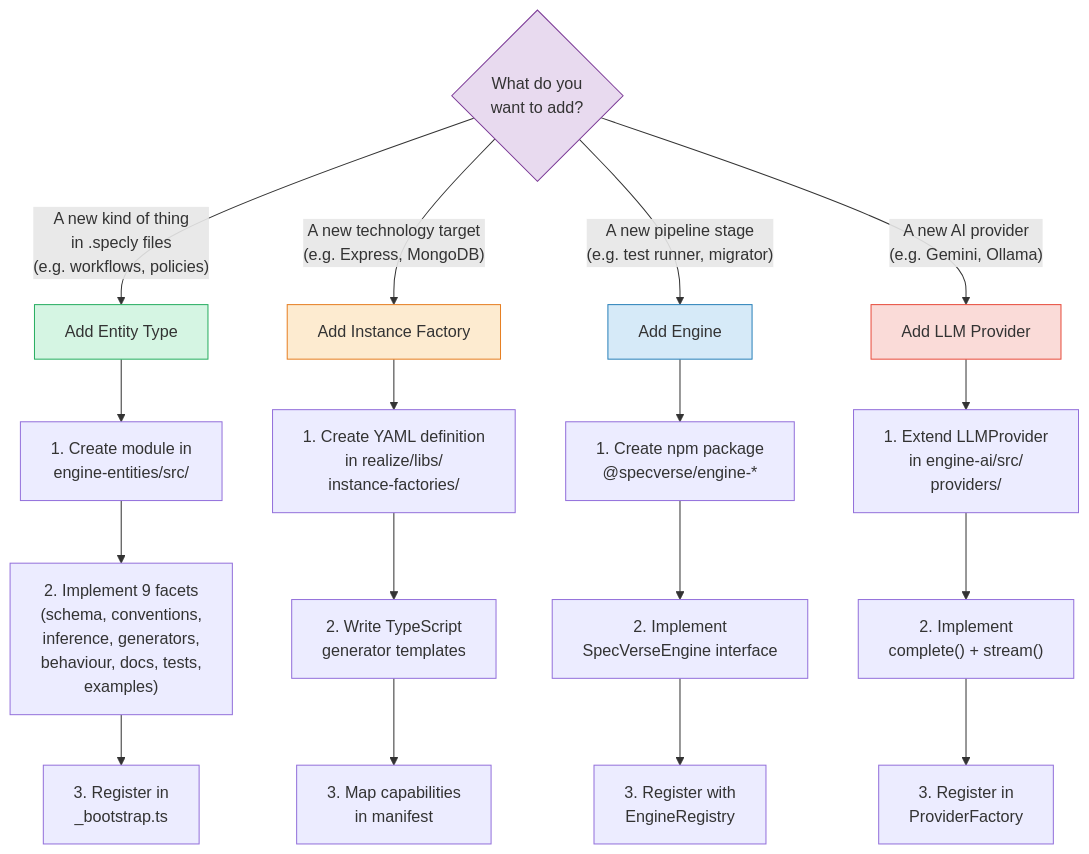
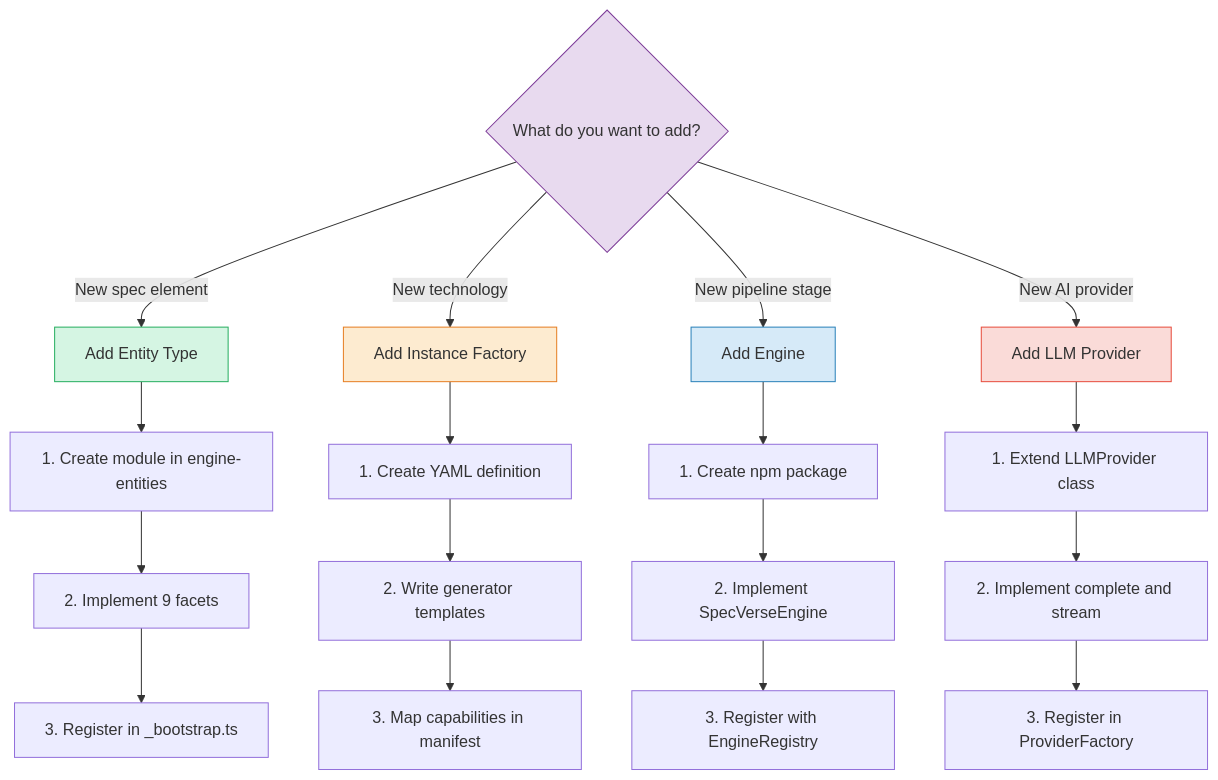
Before and after one commit to SpecVerse/specverse-self: the third of 3 diagrams in docs/SPECVERSE-GUIDE.md, drawn with Mermaid. The commit also changed other lines of this file, not shown here.

Commit message:
fix: simplify extension diagram — remove HTML breaks causing render errors
Single-line labels only, no br tags. Examples moved to companion table.

````diff
--- a/docs/SPECVERSE-GUIDE.md
+++ b/docs/SPECVERSE-GUIDE.md
@@ -837,31 +837,31 @@
 ```mermaid
 flowchart TD
-    Q{"What do you<br/>want to add?"}
+    Q{What do you want to add?}
 
-    Q -->|"A new kind of thing<br/>in .specly files<br/>(e.g. workflows, policies)"| ET["Add Entity Type"]
-    Q -->|"A new technology target<br/>(e.g. Express, MongoDB)"| IF["Add Instance Factory"]
-    Q -->|"A new pipeline stage<br/>(e.g. test runner, migrator)"| EN["Add Engine"]
-    Q -->|"A new AI provider<br/>(e.g. Gemini, Ollama)"| LP["Add LLM Provider"]
+    Q -->|New spec element| ET[Add Entity Type]
+    Q -->|New technology| IF[Add Instance Factory]
+    Q -->|New pipeline stage| EN[Add Engine]
+    Q -->|New AI provider| LP[Add LLM Provider]
 
-    ET --> ET1["1. Create module in<br/>engine-entities/src/"]
-    ET1 --> ET2["2. Implement 9 facets<br/>(schema, conventions,<br/>inference, generators,<br/>behaviour, docs, tests,<br/>examples)"]
-    ET2 --> ET3["3. Register in<br/>_bootstrap.ts"]
+    ET --> ET1[1. Create module in engine-entities]
+    ET1 --> ET2[2. Implement 9 facets]
+    ET2 --> ET3[3. Register in _bootstrap.ts]
 
-    IF --> IF1["1. Create YAML definition<br/>in realize/libs/<br/>instance-factories/"]
-    IF1 --> IF2["2. Write TypeScript<br/>generator templates"]
-    IF2 --> IF3["3. Map capabilities<br/>in manifest"]
+    IF --> IF1[1. Create YAML definition]
+    IF1 --> IF2[2. Write generator templates]
+    IF2 --> IF3[3. Map capabilities in manifest]
 
-    EN --> EN1["1. Create npm package<br/>@specverse/engine-*"]
-    EN1 --> EN2["2. Implement<br/>SpecVerseEngine interface"]
-    EN2 --> EN3["3. Register with<br/>EngineRegistry"]
+    EN --> EN1[1. Create npm package]
+    EN1 --> EN2[2. Implement SpecVerseEngine]
+    EN2 --> EN3[3. Register with EngineRegistry]
 
-    LP --> LP1["1. Extend LLMProvider<br/>in engine-ai/src/<br/>providers/"]
-    LP1 --> LP2["2. Implement<br/>complete() + stream()"]
-    LP2 --> LP3["3. Register in<br/>ProviderFactory"]
+    LP --> LP1[1. Extend LLMProvider class]
+    LP1 --> LP2[2. Implement complete and stream]
+    LP2 --> LP3[3. Register in ProviderFactory]
 
     style Q fill:#e8daef,stroke:#7d3c98
     style ET fill:#d5f5e3,stroke:#27ae60
     style IF fill:#fdebd0,stroke:#e67e22
     style EN fill:#d6eaf8,stroke:#2980b9
     style LP fill:#fadbd8,stroke:#e74c3c
 ```
````
